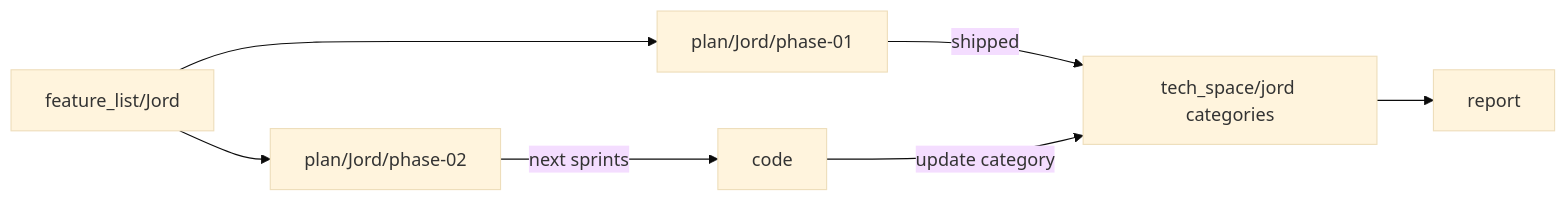
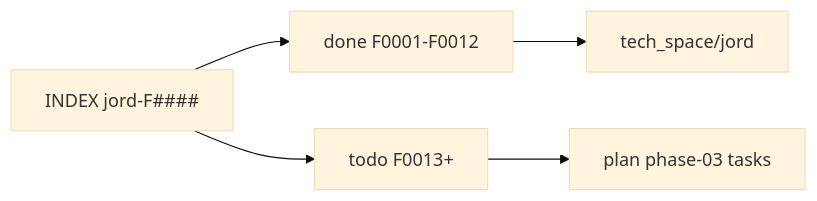
The diagram in Docs/feature_list/Jord/README.md (samtheory/altr.lab.turbo.v2), drawn with Mermaid (base theme) before and after one commit. The commit also changed other lines of this file and 149 other files, not shown here.

````diff
--- a/Docs/feature_list/Jord/README.md
+++ b/Docs/feature_list/Jord/README.md
@@ -41,9 +24,8 @@
 ```mermaid
 flowchart LR
-  FL[feature_list/Jord] --> P1[plan/Jord/phase-01]
-  FL --> P2[plan/Jord/phase-02]
-  P1 -->|shipped| TS[tech_space/jord categories]
-  P2 -->|next sprints| CODE[code]
-  CODE -->|update category| TS
-  TS --> RP[report]
+  IX[INDEX jord-F####]
+  IX --> DONE[done F0001-F0012]
+  IX --> TODO[todo F0013+]
+  TODO --> P3[plan phase-03 tasks]
+  DONE --> TS[tech_space/jord]
 ```
````
